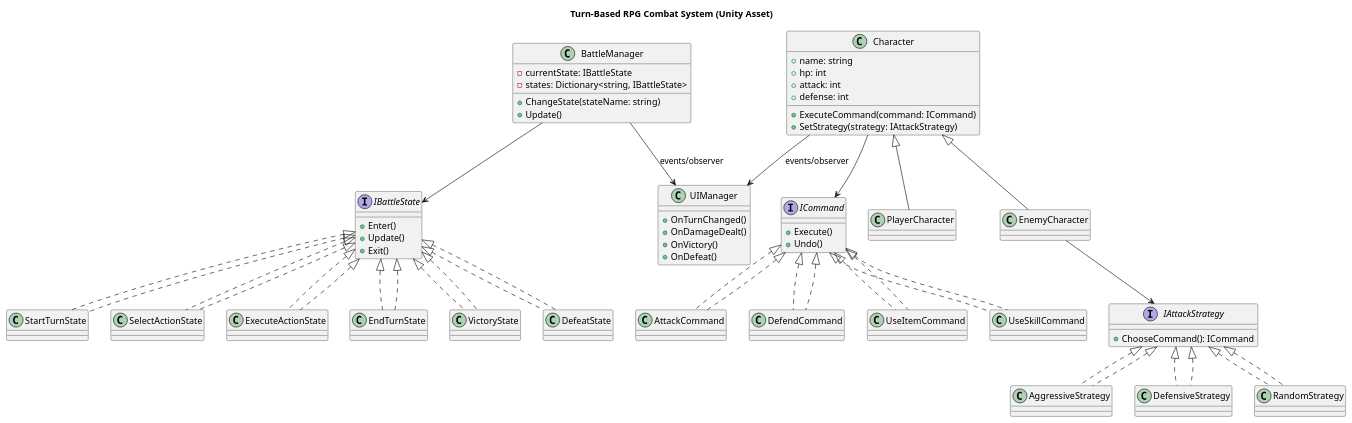
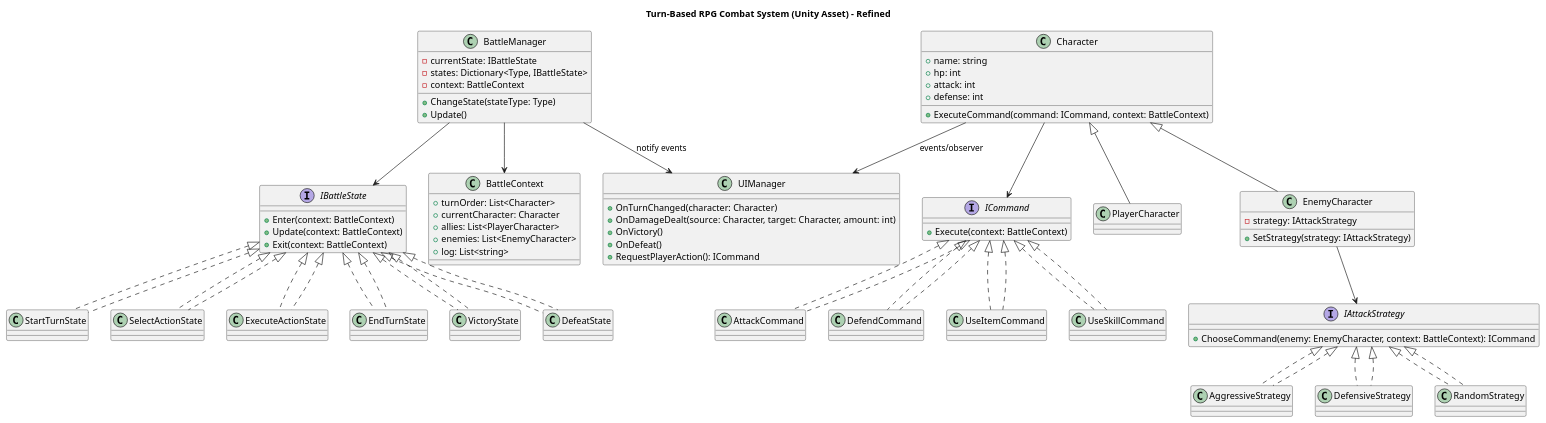
One commit to cerff-gur-sheel/TurnBasedCombat changed the diagram in Documentation/turnBased1.puml. Above: the diagram before and after it, drawn with PlantUML. The commit also changed 1 other file, not shown here.

```diff
--- a/Documentation/turnBased1.puml
+++ b/Documentation/turnBased1.puml
@@ -1,83 +1,102 @@
 @startuml
-title Turn-Based RPG Combat System (Unity Asset)
+title Turn-Based RPG Combat System (Unity Asset) - Refined
 
+' --- Estados da batalha ---
 interface IBattleState {
-    +Enter()
-    +Update()
-    +Exit()
+    +Enter(context: BattleContext)
+    +Update(context: BattleContext)
+    +Exit(context: BattleContext)
 }
 
 class BattleManager {
     -currentState: IBattleState
-    -states: Dictionary<string, IBattleState>
-    +ChangeState(stateName: string)
+    -states: Dictionary<Type, IBattleState>
+    -context: BattleContext
+    +ChangeState(stateType: Type)
     +Update()
 }
 
 class StartTurnState implements IBattleState
 class SelectActionState implements IBattleState
 class ExecuteActionState implements IBattleState
 class EndTurnState implements IBattleState
 class VictoryState implements IBattleState
 class DefeatState implements IBattleState
 
+' --- Contexto ---
+class BattleContext {
+    +turnOrder: List<Character>
+    +currentCharacter: Character
+    +allies: List<PlayerCharacter>
+    +enemies: List<EnemyCharacter>
+    +log: List<string>
+}
+
+' --- Comandos ---
 interface ICommand {
-    +Execute()
-    +Undo()
+    +Execute(context: BattleContext)
 }
 
 class AttackCommand implements ICommand
 class DefendCommand implements ICommand
 class UseItemCommand implements ICommand
 class UseSkillCommand implements ICommand
 
+' --- Estratégias de IA ---
 interface IAttackStrategy {
-    +ChooseCommand(): ICommand
+    +ChooseCommand(enemy: EnemyCharacter, context: BattleContext): ICommand
 }
 
 class AggressiveStrategy implements IAttackStrategy
 class DefensiveStrategy implements IAttackStrategy
 class RandomStrategy implements IAttackStrategy
 
+' --- Personagens ---
 class Character {
     +name: string
     +hp: int
     +attack: int
     +defense: int
-    +ExecuteCommand(command: ICommand)
+    +ExecuteCommand(command: ICommand, context: BattleContext)
+}
+
+class PlayerCharacter extends Character
+class EnemyCharacter extends Character {
+    -strategy: IAttackStrategy
     +SetStrategy(strategy: IAttackStrategy)
 }
 
-class PlayerCharacter extends Character
-class EnemyCharacter extends Character
-
+' --- Interface/UI ---
 class UIManager {
-    +OnTurnChanged()
-    +OnDamageDealt()
+    +OnTurnChanged(character: Character)
+    +OnDamageDealt(source: Character, target: Character, amount: int)
     +OnVictory()
     +OnDefeat()
+    +RequestPlayerAction(): ICommand
 }
 
-' Relationships
+' --- Relações ---
 BattleManager --> IBattleState
+BattleManager --> BattleContext
+BattleManager --> UIManager : notify events
+
 IBattleState <|.. StartTurnState
 IBattleState <|.. SelectActionState
 IBattleState <|.. ExecuteActionState
 IBattleState <|.. EndTurnState
 IBattleState <|.. VictoryState
 IBattleState <|.. DefeatState
 
 Character --> ICommand
 ICommand <|.. AttackCommand
 ICommand <|.. DefendCommand
 ICommand <|.. UseItemCommand
 ICommand <|.. UseSkillCommand
 
 EnemyCharacter --> IAttackStrategy
 IAttackStrategy <|.. AggressiveStrategy
 IAttackStrategy <|.. DefensiveStrategy
 IAttackStrategy <|.. RandomStrategy
 
-BattleManager --> UIManager : events/observer
 Character --> UIManager : events/observer
 @enduml
```
